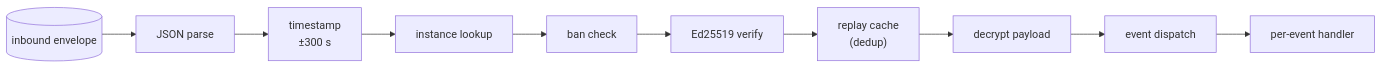
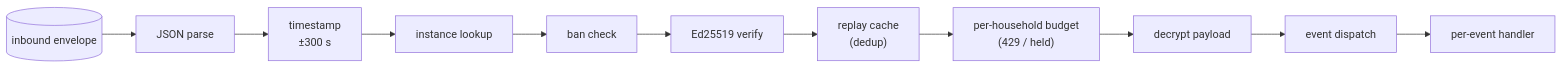
One commit to social-home-io/socialhome changed the second of 2 diagrams in docs/protocol/README.md. Above: the diagram before and after it, drawn with Mermaid. The commit also changed 21 other files, not shown here.

First line of the commit message:
Busy communities keep federating: per-household inbound limits instead of one shared bucket (#1408)

````diff
--- a/docs/protocol/README.md
+++ b/docs/protocol/README.md
@@ -56,13 +56,14 @@
 ```mermaid
 flowchart LR
     inbound[("inbound envelope")]
     inbound --> parse["JSON parse"]
     parse --> ts["timestamp<br/>±300 s"]
     ts --> instance["instance lookup"]
     instance --> ban["ban check"]
     ban --> sig["Ed25519 verify"]
     sig --> replay["replay cache<br/>(dedup)"]
-    replay --> decrypt["decrypt payload"]
+    replay --> budget["per-household budget<br/>(429 / held)"]
+    budget --> decrypt["decrypt payload"]
     decrypt --> dispatch["event dispatch"]
     dispatch --> handler["per-event handler"]
 ```
````
